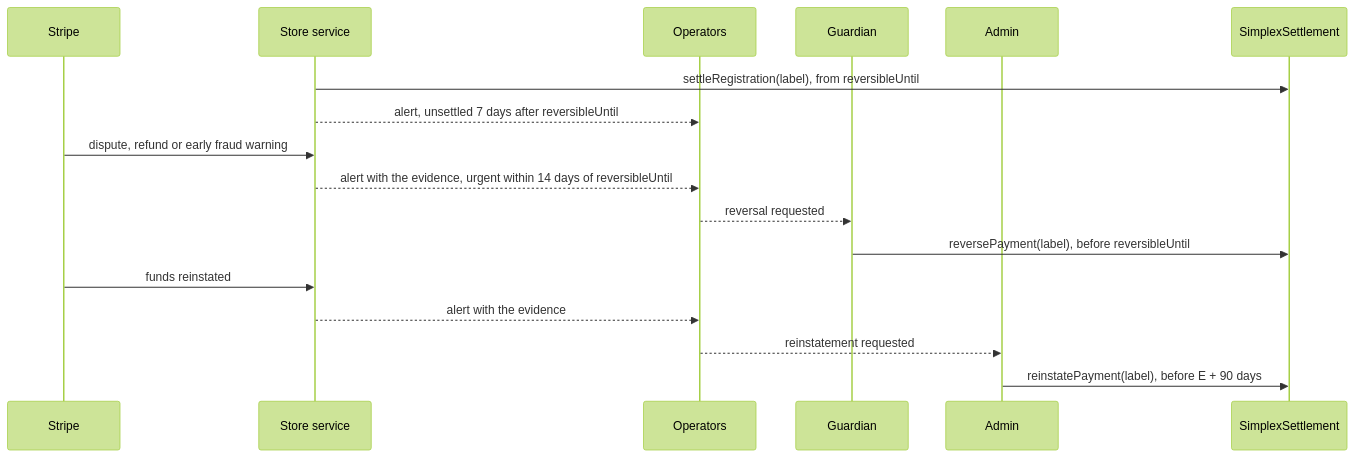
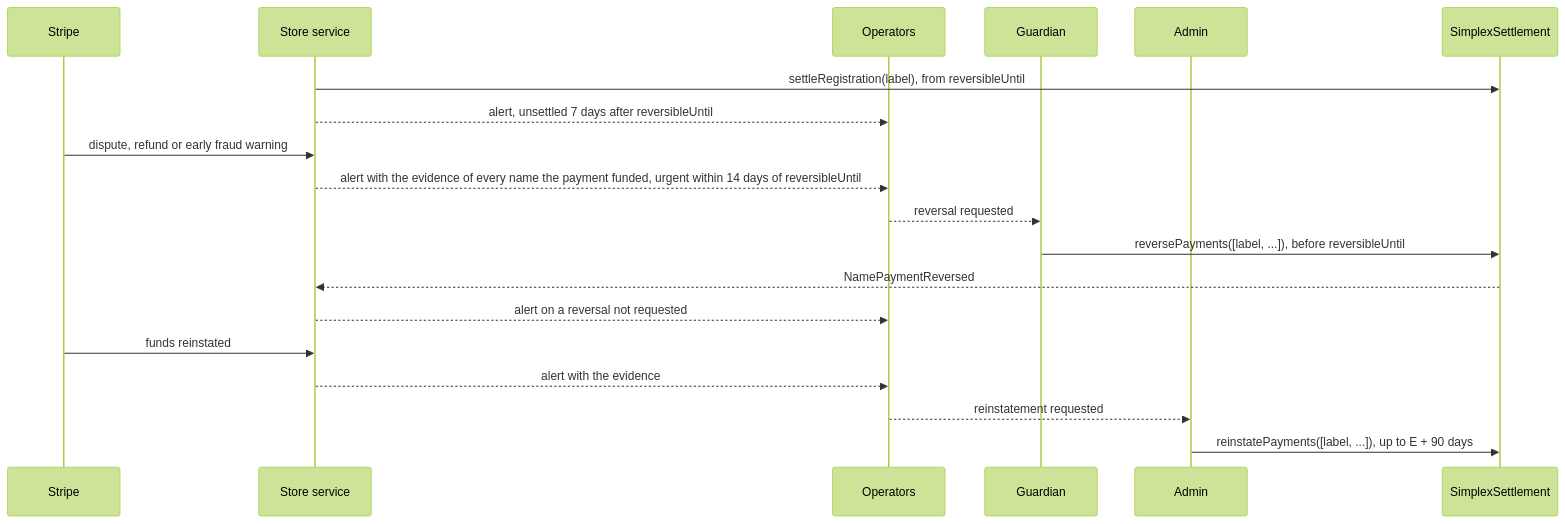
One commit to brenzi-agent/simplex-namespace-contract changed the sixth of 6 diagrams in docs/plans/payment-reversal.md. Above: the diagram before and after it, drawn with Mermaid (forest theme). The commit also changed other lines of this file, not shown here.

Commit message:
docs: one acknowledgement rule, stored deadline and batch reversal in the plan

````diff
--- a/docs/plans/payment-reversal.md
+++ b/docs/plans/payment-reversal.md
@@ -335,19 +345,21 @@
 ```mermaid
 sequenceDiagram
   participant V as Stripe
   participant S as Store service
   participant O as Operators
   participant G as Guardian
   participant A as Admin
   participant St as SimplexSettlement
   S->>St: settleRegistration(label), from reversibleUntil
   S-->>O: alert, unsettled 7 days after reversibleUntil
   V->>S: dispute, refund or early fraud warning
-  S-->>O: alert with the evidence, urgent within 14 days of reversibleUntil
+  S-->>O: alert with the evidence of every name the payment funded, urgent within 14 days of reversibleUntil
   O-->>G: reversal requested
-  G->>St: reversePayment(label), before reversibleUntil
+  G->>St: reversePayments([label, ...]), before reversibleUntil
+  St-->>S: NamePaymentReversed
+  S-->>O: alert on a reversal not requested
   V->>S: funds reinstated
   S-->>O: alert with the evidence
   O-->>A: reinstatement requested
-  A->>St: reinstatePayment(label), before E + 90 days
+  A->>St: reinstatePayments([label, ...]), up to E + 90 days
 ```
````
